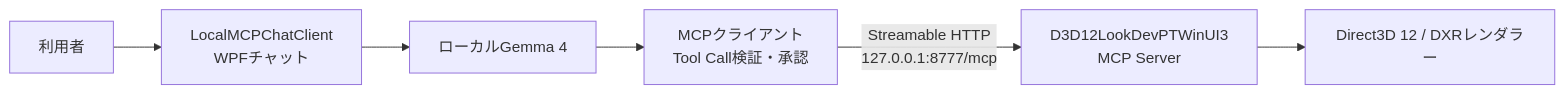
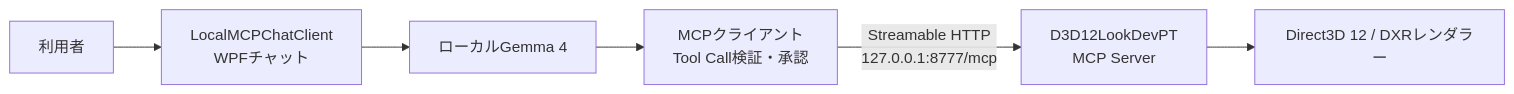
One commit to shaderjp/LocalMCPChatClient changed the diagram in docs/d3d12lookdevpt-integration.md. Above: the diagram before and after it, drawn with Mermaid. The commit also changed other lines of this file and 22 other files, not shown here.

Commit message:
Add MCP profile import and D3D12LookDevPT integration

````diff
--- a/docs/d3d12lookdevpt-integration.md
+++ b/docs/d3d12lookdevpt-integration.md
@@ -7,8 +7,8 @@
 ```mermaid
 flowchart LR
     User["利用者"] --> Chat["LocalMCPChatClient\nWPFチャット"]
     Chat --> Gemma["ローカルGemma 4"]
     Gemma --> Client["MCPクライアント\nTool Call検証・承認"]
-    Client -->|"Streamable HTTP\n127.0.0.1:8777/mcp"| Server["D3D12LookDevPTWinUI3\nMCP Server"]
+    Client -->|"Streamable HTTP\n127.0.0.1:8777/mcp"| Server["D3D12LookDevPT\nMCP Server"]
     Server --> Renderer["Direct3D 12 / DXRレンダラー"]
 ```
````
